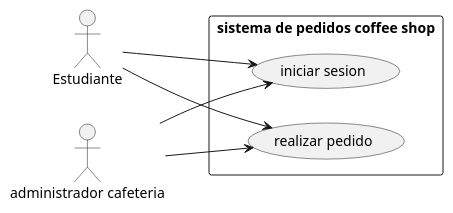
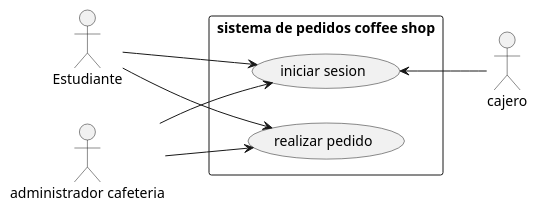
One commit to eddiesan14/coffee-shop changed the diagram in plantilla casos.plantuml. Above: the diagram before and after it, drawn with PlantUML. The commit also changed 2 other files, not shown here.

Commit message:
se modifico el diagra de casos de uso con el actor cajero --- se agrego el diagrama de clases

```diff
--- a/plantilla casos.plantuml
+++ b/plantilla casos.plantuml
@@ -1,15 +1,17 @@
 @startuml casosUsoCoffeShop
 left to right direction
 actor "Estudiante" as est
 actor "administrador cafeteria" as admin 
+actor "cajero" as cajero
 
 rectangle "sistema de pedidos coffee shop"{
     usecase "iniciar sesion" as UC1
     usecase "realizar pedido" as UC2
 }
 
 est --> UC1
 est --> UC2
 admin -->UC1
 admin -->UC2
+UC1 <-- cajero
 @enduml
```
